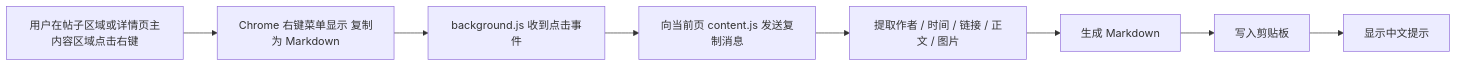
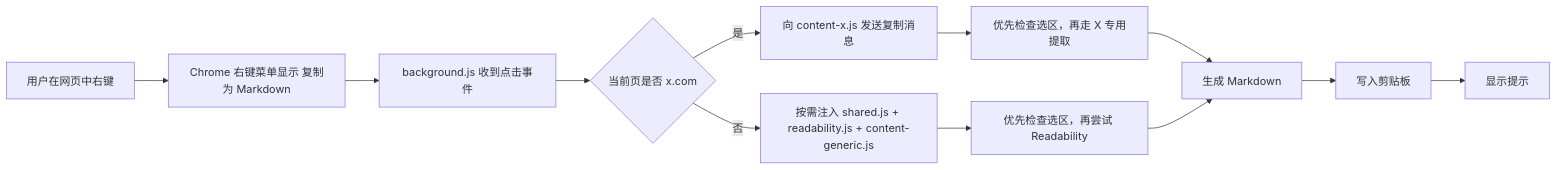
One commit to RuochenLyu/x2markdown changed the diagram in docs/design.md. Above: the diagram before and after it, drawn with Mermaid. The commit also changed other lines of this file and 11 other files, not shown here.

First line of the commit message:
feat: support generic webpage copy and split into modular architecture

````diff
--- a/docs/design.md
+++ b/docs/design.md
@@ -22,10 +26,14 @@
 ```mermaid
 flowchart LR
-  A["用户在帖子区域或详情页主内容区域点击右键"] --> B["Chrome 右键菜单显示 复制为 Markdown"]
+  A["用户在网页中右键"] --> B["Chrome 右键菜单显示 复制为 Markdown"]
   B --> C["background.js 收到点击事件"]
-  C --> D["向当前页 content.js 发送复制消息"]
-  D --> E["提取作者 / 时间 / 链接 / 正文 / 图片"]
-  E --> F["生成 Markdown"]
-  F --> G["写入剪贴板"]
-  G --> H["显示中文提示"]
+  C --> D{"当前页是否 x.com"}
+  D -->|是| E["向 content-x.js 发送复制消息"]
+  D -->|否| F["按需注入 shared.js + readability.js + content-generic.js"]
+  E --> G["优先检查选区，再走 X 专用提取"]
+  F --> H["优先检查选区，再尝试 Readability"]
+  G --> I["生成 Markdown"]
+  H --> I
+  I --> J["写入剪贴板"]
+  J --> K["显示提示"]
 ```
````
